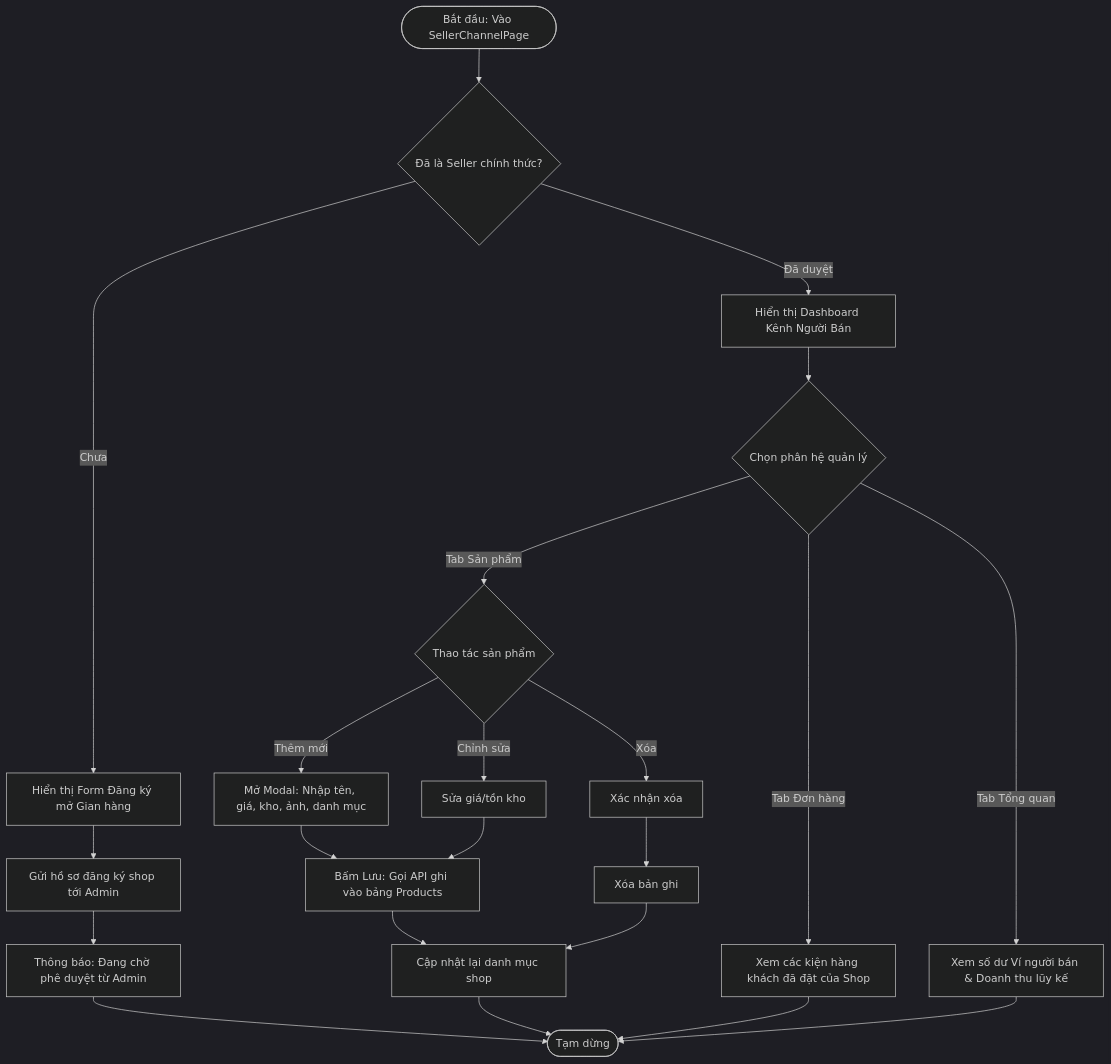
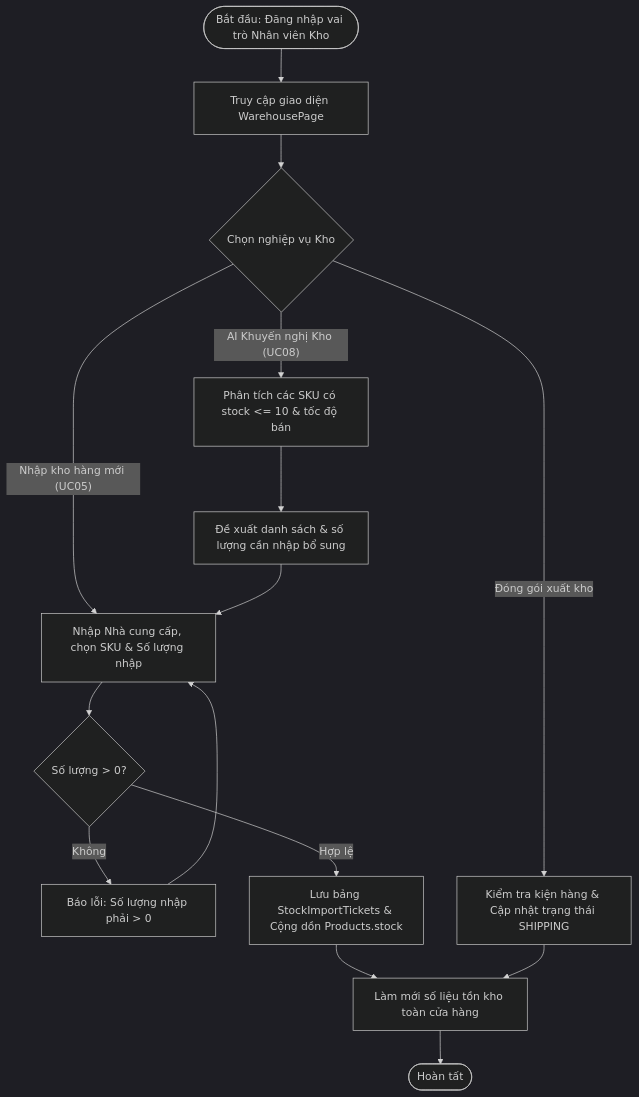
One commit to Khanhack11/-ng-d-ng-AI changed diagram 16 of 20 in docs/SRS_SZSHOP_SPECIFICATION.md. Above: the diagram before and after it, drawn with Mermaid (dark theme). The commit also changed other lines of this file and 53 other files, not shown here.

````diff
--- a/docs/SRS_SZSHOP_SPECIFICATION.md
+++ b/docs/SRS_SZSHOP_SPECIFICATION.md
@@ -859,23 +855,18 @@
 ```mermaid
 flowchart TD
-    Start([Bắt đầu: Vào SellerChannelPage]) --> CheckRole{Đã là Seller chính thức?}
-    CheckRole -- Chưa --> ShowRegForm[Hiển thị Form Đăng ký mở Gian hàng]
-    ShowRegForm --> SubmitReg[Gửi hồ sơ đăng ký shop tới Admin]
-    SubmitReg --> PendingNotice[Thông báo: Đang chờ phê duyệt từ Admin] --> End([Tạm dừng])
+    Start([Bắt đầu: Đăng nhập vai trò Nhân viên Kho]) --> OpenWarehouse[Truy cập giao diện WarehousePage]
+    OpenWarehouse --> SelectTask{Chọn nghiệp vụ Kho}
     
-    CheckRole -- Đã duyệt --> ShowDashboard[Hiển thị Dashboard Kênh Người Bán]
-    ShowDashboard --> SelectTab{Chọn phân hệ quản lý}
+    SelectTask -- Nhập kho hàng mới (UC05) --> InputTicket[Nhập Nhà cung cấp, chọn SKU & Số lượng nhập]
+    InputTicket --> ValidateQty{Số lượng > 0?}
+    ValidateQty -- Không --> AlertInvalid[Báo lỗi: Số lượng nhập phải > 0] --> InputTicket
+    ValidateQty -- Hợp lệ --> SaveTicket[Lưu bảng StockImportTickets & Cộng dồn Products.stock]
     
-    SelectTab -- Tab Sản phẩm --> ProductAction{Thao tác sản phẩm}
-    ProductAction -- Thêm mới --> OpenModal[Mở Modal: Nhập tên, giá, kho, ảnh, danh mục]
-    OpenModal --> SaveProduct[Bấm Lưu: Gọi API ghi vào bảng Products] --> RefreshList[Cập nhật lại danh mục shop]
-    ProductAction -- Chỉnh sửa --> EditModal[Sửa giá/tồn kho] --> SaveProduct
-    ProductAction -- Xóa --> ConfirmDel[Xác nhận xóa] --> DeleteDB[Xóa bản ghi] --> RefreshList
+    SelectTask -- AI Khuyến nghị Kho (UC08) --> RunAIStock[Phân tích các SKU có stock <= 10 & tốc độ bán]
+    RunAIStock --> SuggestOrder[Đề xuất danh sách & số lượng cần nhập bổ sung] --> InputTicket
     
-    SelectTab -- Tab Đơn hàng --> ViewShopOrders[Xem các kiện hàng khách đã đặt của Shop]
-    SelectTab -- Tab Tổng quan --> ViewWallet[Xem số dư Ví người bán & Doanh thu lũy kế]
+    SelectTask -- Đóng gói xuất kho --> PackOrder[Kiểm tra kiện hàng & Cập nhật trạng thái SHIPPING]
     
-    RefreshList --> End
-    ViewShopOrders --> End
-    ViewWallet --> End
+    SaveTicket --> RefreshStock[Làm mới số liệu tồn kho toàn cửa hàng] --> End([Hoàn tất])
+    PackOrder --> RefreshStock
 ```
````
